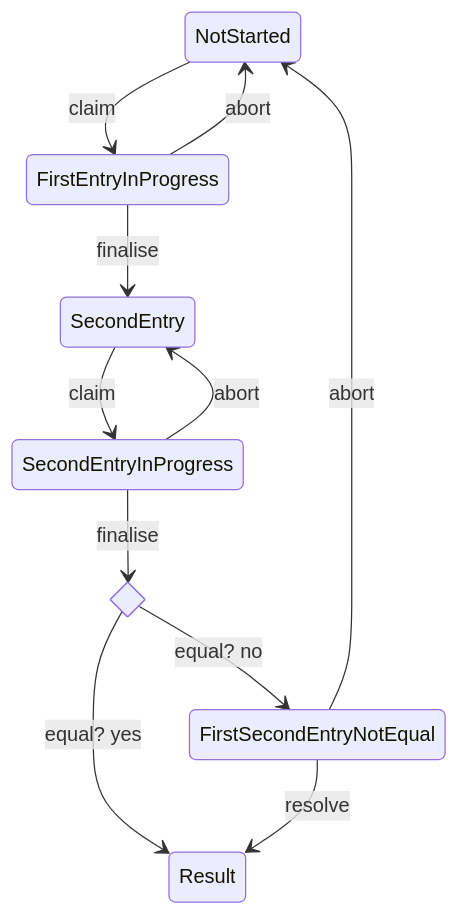
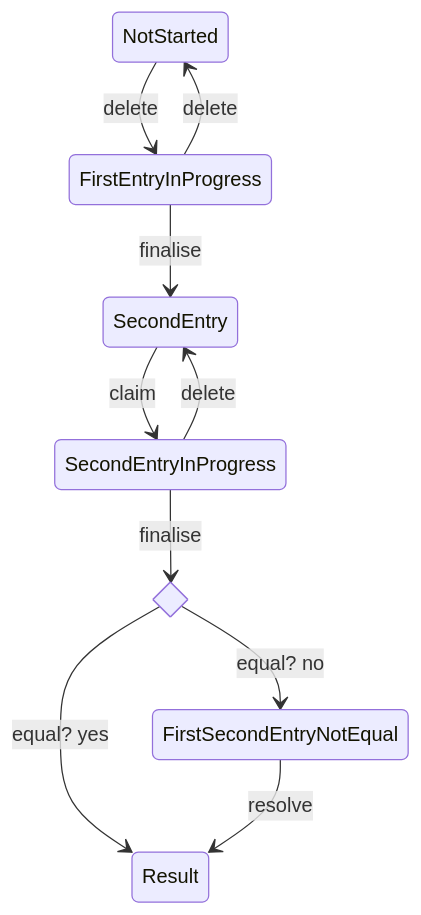
One commit to kiesraad/abacus changed the diagram in documentatie/flowcharts/polling-station-state.md. Above: the diagram before and after it, drawn with Mermaid. The commit also changed 1 other file, not shown here.

Commit message:
Changed 'abort' to 'delete'

````diff
--- a/documentatie/flowcharts/polling-station-state.md
+++ b/documentatie/flowcharts/polling-station-state.md
@@ -7,17 +7,17 @@
 ```mermaid
 stateDiagram
-NotStarted --> FirstEntryInProgress: claim
+NotStarted --> FirstEntryInProgress: delete
 #FirstEntryInProgress --> FirstEntryInProgress: save
 FirstEntryInProgress --> SecondEntry: finalise
-FirstEntryInProgress --> NotStarted: abort
+FirstEntryInProgress --> NotStarted: delete
 SecondEntry --> SecondEntryInProgress: claim
 #SecondEntryInProgress --> SecondEntryInProgress: save
 state is_equal <<choice>>
 is_equal --> Result: equal? yes
 is_equal --> FirstSecondEntryNotEqual: equal? no
 SecondEntryInProgress --> is_equal: finalise
-SecondEntryInProgress --> SecondEntry: abort
+SecondEntryInProgress --> SecondEntry: delete
 #FirstSecondEntryNotEqual --> FirstSecondEntryNotEqual: save
-FirstSecondEntryNotEqual --> NotStarted: abort
+#Implemented in FirstSecondEntryNotEqual --> NotStarted: delete
 FirstSecondEntryNotEqual --> Result: resolve
 ```
````
